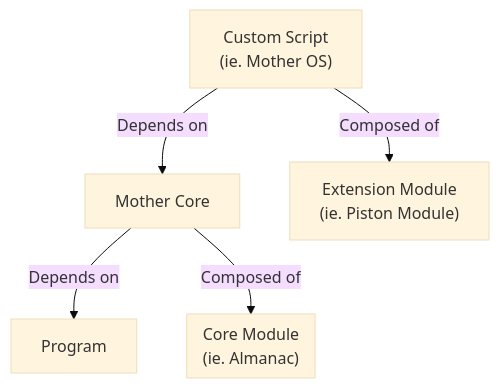
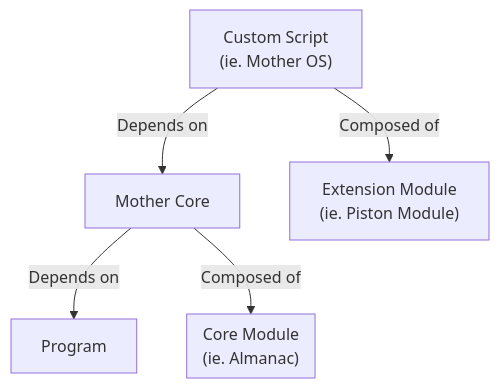
The diagram in docs/Framework/README.md (lukejamesmorrison/mother-docs), drawn with Mermaid before and after one commit. The commit also changed 6 other files, not shown here.

Commit message:
Fix errors with search and mermaid styling

````diff
--- a/docs/Framework/README.md
+++ b/docs/Framework/README.md
@@ -71,20 +71,11 @@
 ```mermaid
-%%{
-  init: {
-    'theme': 'base',
-    'themeVariables': {
-    
-    }
-  }
-}%%
-
 graph TD
     MotherCore["Mother Core"] -->|Depends on| Program["Program"]
     MotherCore["Mother Core"] -->|Composed of| CoreModule["Core Modules"]
     Mother["Custom Script<br>(ie. Mother OS)"] -->|Depends on| MotherCore["Mother Core"]
 
     Mother -->|Composed of| ExtensionModule["Extension Module<br>(ie. Piston Module)"]
 
     subgraph CoreModule["Core Module<br>(ie. Almanac)"]
     end
 ```
````
